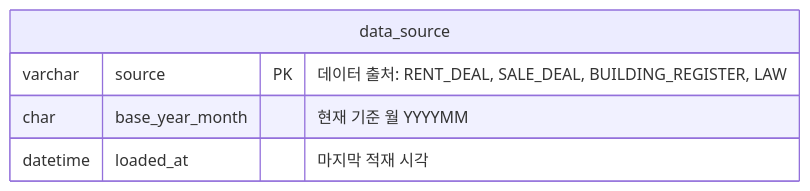
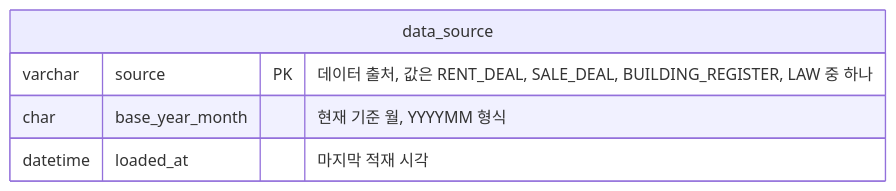
The eighth of 8 diagrams in docs/erd.md (f-lab-edu/jipsee), drawn with Mermaid before and after one commit. The commit also changed other lines of this file and 5 other files, not shown here.

````diff
--- a/docs/erd.md
+++ b/docs/erd.md
@@ -203,8 +199,8 @@
 ```mermaid
 erDiagram
     data_source {
-        varchar source PK "데이터 출처: RENT_DEAL, SALE_DEAL, BUILDING_REGISTER, LAW"
-        char base_year_month "현재 기준 월 YYYYMM"
+        varchar source PK "데이터 출처, 값은 RENT_DEAL, SALE_DEAL, BUILDING_REGISTER, LAW 중 하나"
+        char base_year_month "현재 기준 월, YYYYMM 형식"
         datetime loaded_at "마지막 적재 시각"
     }
 ```
````
